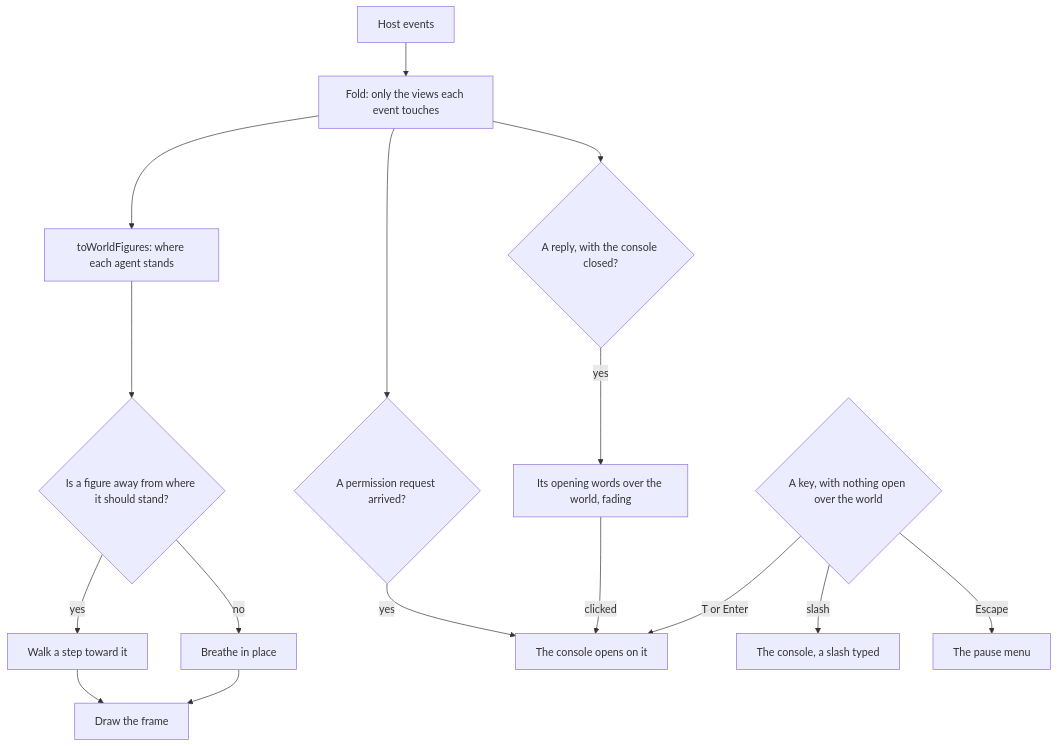
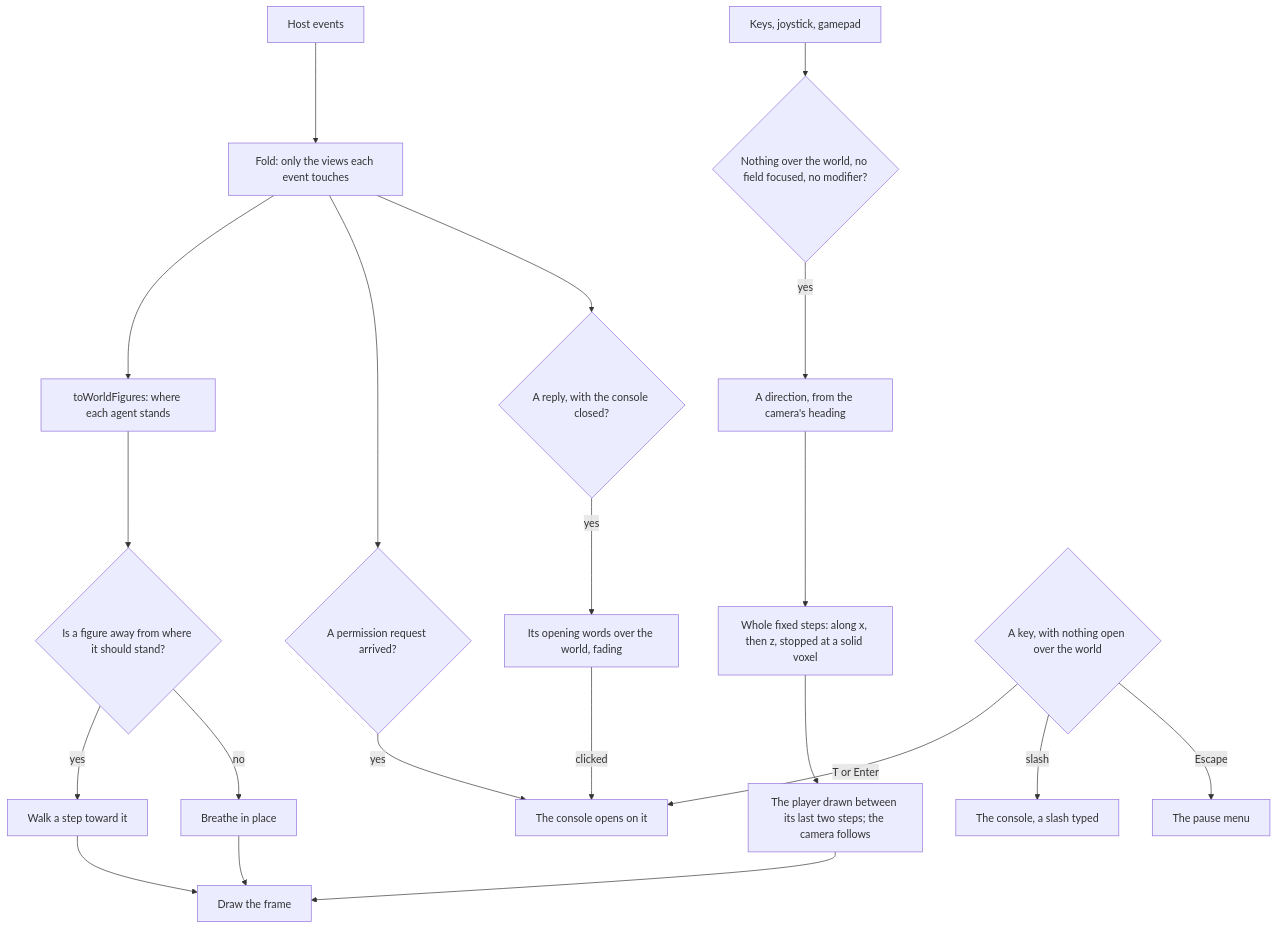
One commit to Esposter/Esposter changed the diagram in apps/web/content/docs/infra/claude-interface/agent-console/voxel-world.md. Above: the diagram before and after it, drawn with Mermaid. The commit also changed other lines of this file and 23 other files, not shown here.

First line of the commit message:
feat(agent-console): a player walked through the room, with a camera following behind

````diff
--- a/apps/web/content/docs/infra/claude-interface/agent-console/voxel-world.md
+++ b/apps/web/content/docs/infra/claude-interface/agent-console/voxel-world.md
@@ -12,18 +12,23 @@
 ```mermaid
 flowchart TD
   H[Host events] --> F[Fold: only the views each event touches]
   F --> M[toWorldFigures: where each agent stands]
   M --> W{Is a figure away from where it should stand?}
   W -->|yes| A[Walk a step toward it]
   W -->|no| B[Breathe in place]
   A --> R[Draw the frame]
   B --> R
   F --> Q{A permission request arrived?}
   Q -->|yes| C[The console opens on it]
   F --> N{A reply, with the console closed?}
   N -->|yes| L[Its opening words over the world, fading]
+  I[Keys, joystick, gamepad] --> G{Nothing over the world, no field focused, no modifier?}
+  G -->|yes| D[A direction, from the camera's heading]
+  D --> X[Whole fixed steps: along x, then z, stopped at a solid voxel]
+  X --> Y[The player drawn between its last two steps; the camera follows]
+  Y --> R
   K{A key, with nothing open over the world} -->|T or Enter| C
   K -->|slash| S[The console, a slash typed]
   K -->|Escape| P[The pause menu]
   L -->|clicked| C
 ```
````
